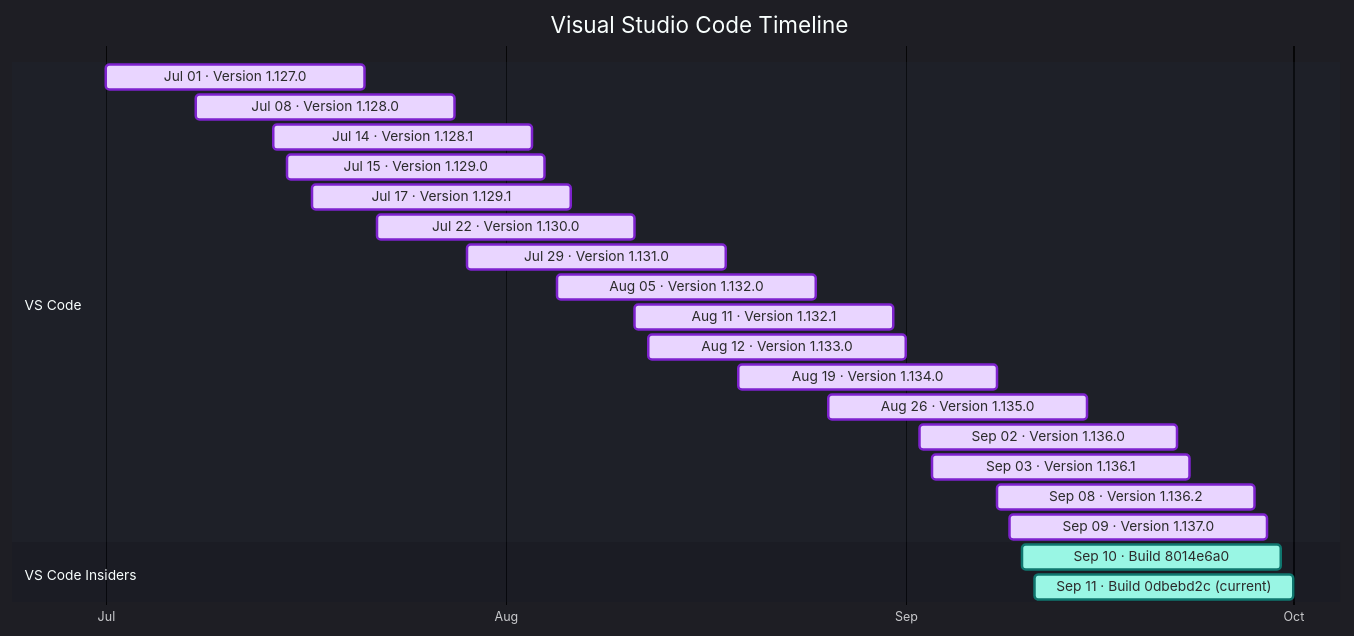
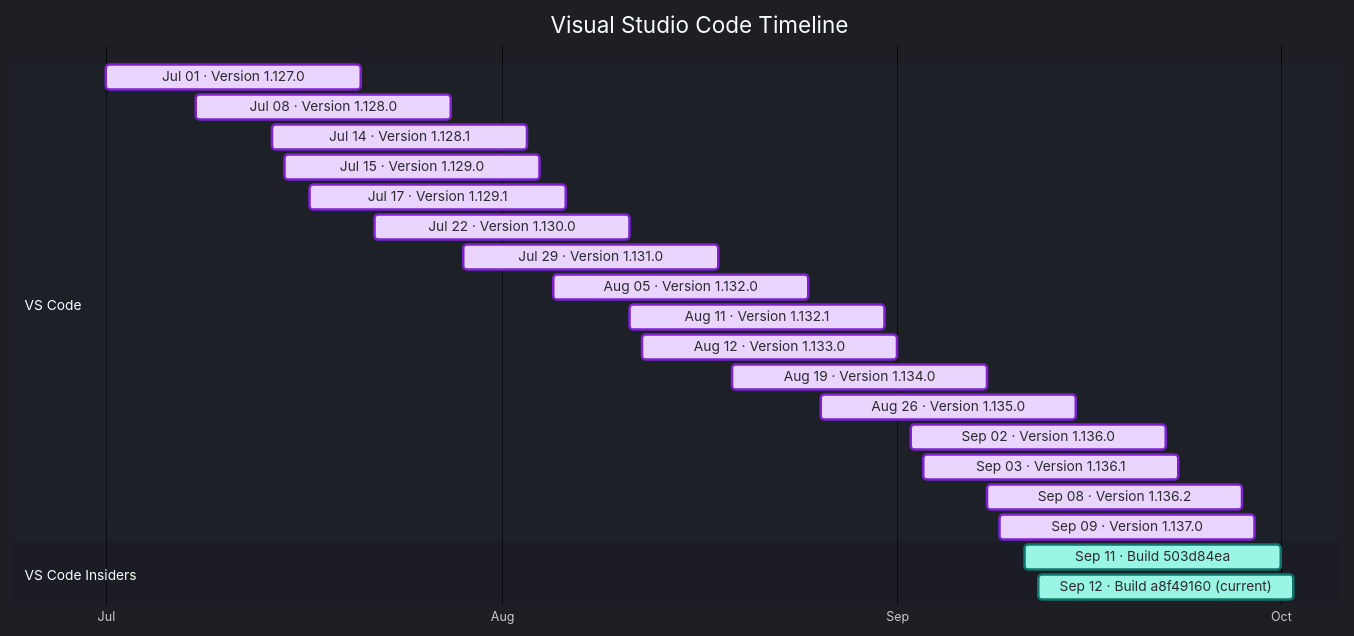
The diagram in docs/vscode.md (Oxelya-DevTools/VisualStudioUpdate), drawn with Mermaid before and after one commit. The commit also changed other lines of this file and 1 other file, not shown here.

````diff
--- a/docs/vscode.md
+++ b/docs/vscode.md
@@ -9,28 +9,28 @@
 ```mermaid
 %%{init: {'theme':'dark','themeVariables': { 'fontFamily': 'Segoe UI', 'fontSize': '24px', 'textColor': '#F3F4F6', 'titleTextColor': '#FFFFFF', 'taskTextColor': '#111827', 'taskTextLightColor': '#111827', 'taskTextOutsideColor': '#F3F4F6', 'taskBkgColor': '#BAE6FD', 'taskBorderColor': '#0369A1', 'doneTaskBkgColor': '#E9D5FF', 'doneTaskBorderColor': '#7E22CE', 'activeTaskBkgColor': '#99F6E4', 'activeTaskBorderColor': '#0F766E', 'critTaskBkgColor': '#FED7AA', 'critTaskBorderColor': '#C2410C', 'sectionBkgColor': '#1F2937', 'altSectionBkgColor': '#111827', 'gridColor': '#4B5563', 'todayLineColor': '#F87171' }}}%%
 gantt
     title Visual Studio Code Timeline
     dateFormat  YYYY-MM-DD
     axisFormat  %b
     tickInterval 1month
     section VS Code
     Jul 01 · Version 1.127.0 : done, vscode202607010, 2026-07-01, 20d
     Jul 08 · Version 1.128.0 : done, vscode202607081, 2026-07-08, 20d
     Jul 14 · Version 1.128.1 : done, vscode202607142, 2026-07-14, 20d
     Jul 15 · Version 1.129.0 : done, vscode202607153, 2026-07-15, 20d
     Jul 17 · Version 1.129.1 : done, vscode202607174, 2026-07-17, 20d
     Jul 22 · Version 1.130.0 : done, vscode202607225, 2026-07-22, 20d
     Jul 29 · Version 1.131.0 : done, vscode202607296, 2026-07-29, 20d
     Aug 05 · Version 1.132.0 : done, vscode202608057, 2026-08-05, 20d
     Aug 11 · Version 1.132.1 : done, vscode202608118, 2026-08-11, 20d
     Aug 12 · Version 1.133.0 : done, vscode202608129, 2026-08-12, 20d
     Aug 19 · Version 1.134.0 : done, vscode2026081910, 2026-08-19, 20d
     Aug 26 · Version 1.135.0 : done, vscode2026082611, 2026-08-26, 20d
     Sep 02 · Version 1.136.0 : done, vscode2026090212, 2026-09-02, 20d
     Sep 03 · Version 1.136.1 : done, vscode2026090313, 2026-09-03, 20d
     Sep 08 · Version 1.136.2 : done, vscode2026090814, 2026-09-08, 20d
     Sep 09 · Version 1.137.0 : done, vscode2026090915, 2026-09-09, 20d
     section VS Code Insiders
-    Sep 10 · Build 8014e6a0 : active, vscodeinsiders202609100, 2026-09-10, 20d
-    Sep 11 · Build 0dbebd2c (current) : active, vscodeinsiders202609111, 2026-09-11, 20d
+    Sep 11 · Build 503d84ea : active, vscodeinsiders202609110, 2026-09-11, 20d
+    Sep 12 · Build a8f49160 (current) : active, vscodeinsiders202609121, 2026-09-12, 20d
 ```
````
